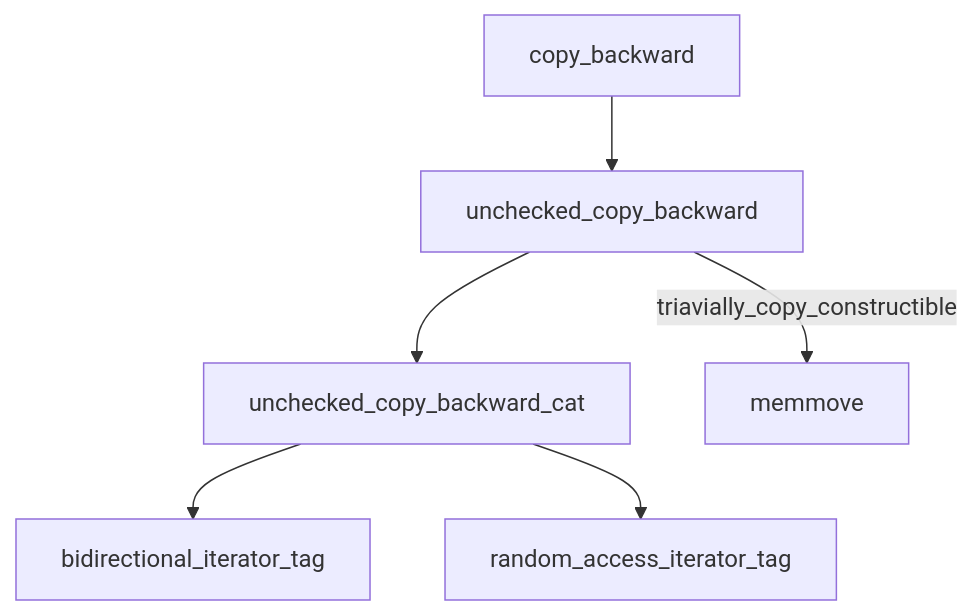
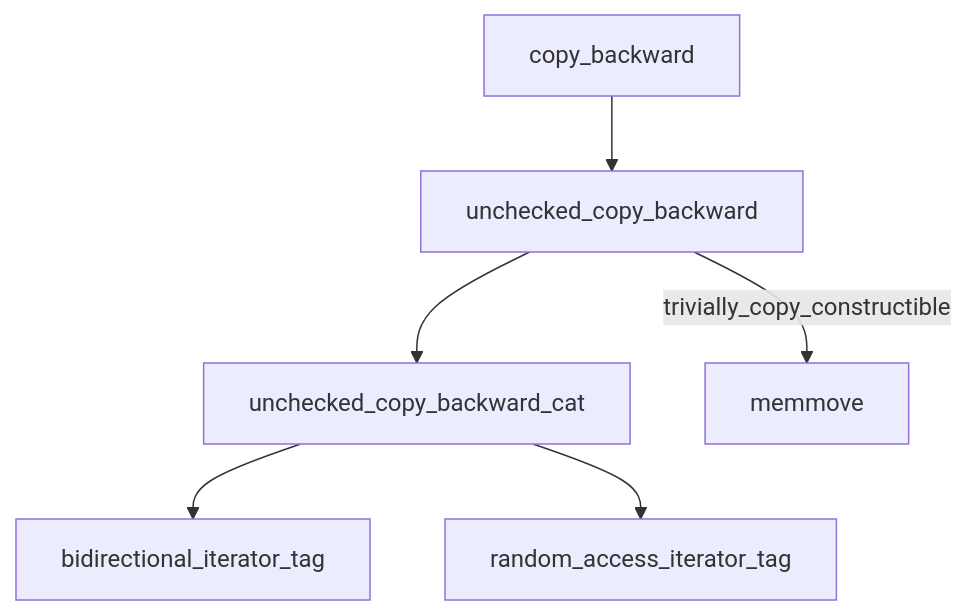
Before and after one commit to LiuYuan-SHU/tiny_stl: the fifth of 11 diagrams in README.md, drawn with Mermaid. The commit also changed other lines of this file and 1 other file, not shown here.

````diff
--- a/README.md
+++ b/README.md
@@ -152,5 +154,5 @@
 ```mermaid
 flowchart TD;
 copy_backward --> unchecked_copy_backward --> unchecked_copy_backward_cat --> bidirectional_iterator_tag & random_access_iterator_tag
-unchecked_copy_backward --triavially_copy_constructible--> memmove
+unchecked_copy_backward --trivially_copy_constructible--> memmove
 ```
````
